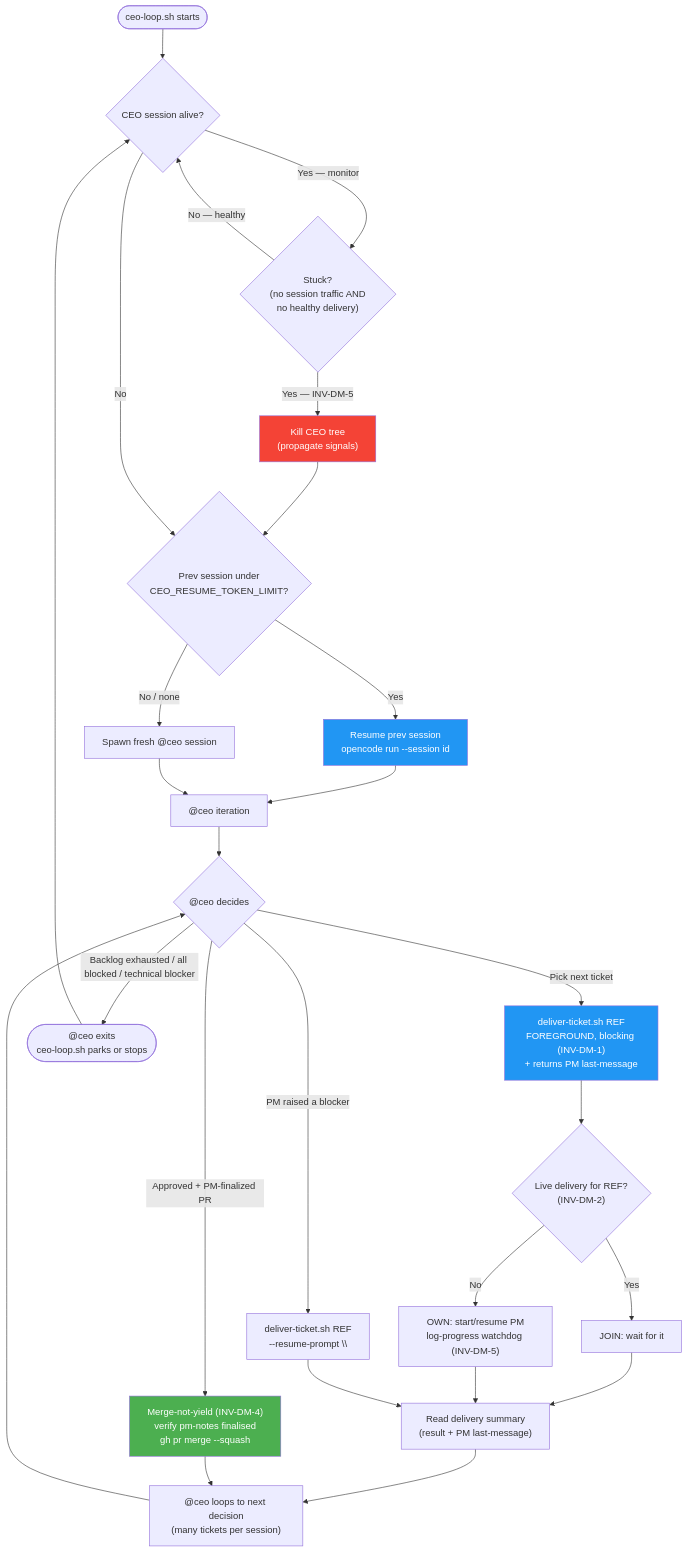
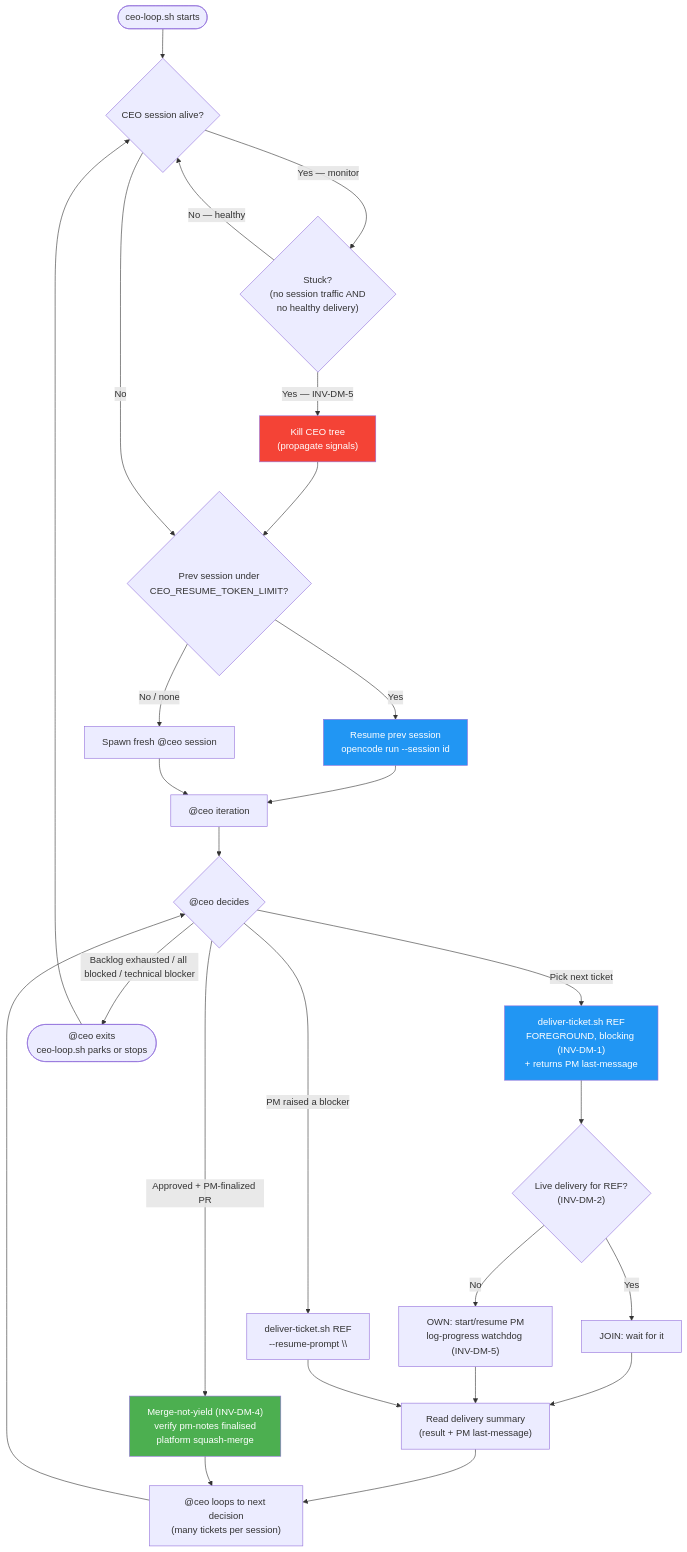
The first of 2 diagrams in doc/guides/delivery-modes.md (juliusz-cwiakalski/agentic-delivery-os), drawn with Mermaid before and after one commit. The commit also changed other lines of this file and 19 other files, not shown here.

````diff
--- a/doc/guides/delivery-modes.md
+++ b/doc/guides/delivery-modes.md
@@ -431,33 +484,33 @@
 ```mermaid
 flowchart TD
     START([ceo-loop.sh starts]) --> STUCKCHECK{"CEO session alive?"}
     STUCKCHECK -->|Yes — monitor| LIVE{"Stuck?<br/>(no session traffic AND<br/>no healthy delivery)"}
     LIVE -->|No — healthy| STUCKCHECK
     LIVE -->|Yes — INV-DM-5| KILL["Kill CEO tree<br/>(propagate signals)"]
     KILL --> RESUMEDECIDE
     STUCKCHECK -->|No| RESUMEDECIDE{"Prev session under<br/>CEO_RESUME_TOKEN_LIMIT?"}
     RESUMEDECIDE -->|Yes| RESUME["Resume prev session<br/>opencode run --session id"]
     RESUMEDECIDE -->|No / none| FRESH["Spawn fresh @ceo session"]
     RESUME --> CEO["@ceo iteration"]
     FRESH --> CEO
     CEO --> DECIDE{"@ceo decides"}
     DECIDE -->|Pick next ticket| DELIVER["deliver-ticket.sh REF<br/>FOREGROUND, blocking (INV-DM-1)<br/>+ returns PM last-message"]
     DELIVER --> JOIN{"Live delivery for REF?<br/>(INV-DM-2)"}
     JOIN -->|Yes| WAITPM["JOIN: wait for it"]
     JOIN -->|No| OWNPM["OWN: start/resume PM<br/>log-progress watchdog (INV-DM-5)"]
     WAITPM --> SUMMARY["Read delivery summary<br/>(result + PM last-message)"]
     OWNPM --> SUMMARY
     SUMMARY --> LOOP["@ceo loops to next decision<br/>(many tickets per session)"]
     LOOP --> DECIDE
     DECIDE -->|PM raised a blocker| RESUMPT["deliver-ticket.sh REF<br/>--resume-prompt \"<resolution>\""]
     RESUMPT --> SUMMARY
-    DECIDE -->|Approved + PM-finalized PR| MERGE["Merge-not-yield (INV-DM-4)<br/>verify pm-notes finalised<br/>gh pr merge --squash"]
+    DECIDE -->|Approved + PM-finalized PR| MERGE["Merge-not-yield (INV-DM-4)<br/>verify pm-notes finalised<br/>platform squash-merge"]
     MERGE --> LOOP
     DECIDE -->|Backlog exhausted / all blocked / technical blocker| EXIT(["@ceo exits<br/>ceo-loop.sh parks or stops"])
     EXIT --> STUCKCHECK
 
     style KILL fill:#f44336,color:#fff
     style MERGE fill:#4CAF50,color:#fff
     style DELIVER fill:#2196F3,color:#fff
     style RESUME fill:#2196F3,color:#fff
 ```
````
